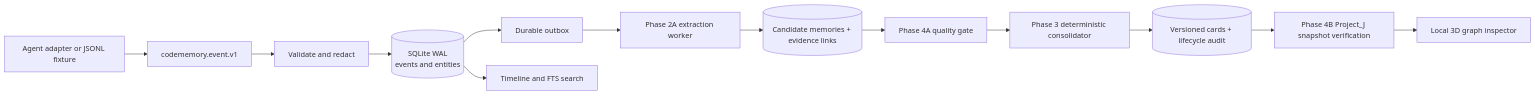
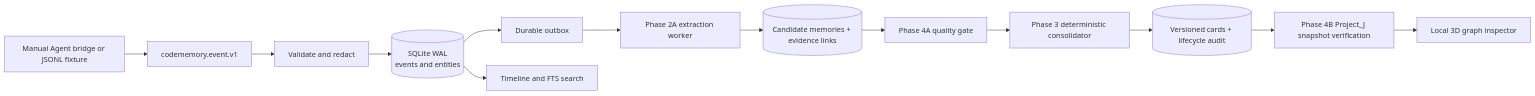
One commit to sixsixla/codeSementicMemory changed the diagram in README.md. Above: the diagram before and after it, drawn with Mermaid. The commit also changed other lines of this file and 23 other files, not shown here.

````diff
--- a/README.md
+++ b/README.md
@@ -87,15 +98,15 @@
 ```mermaid
 flowchart LR
-    A[Agent adapter or JSONL fixture] --> B[codememory.event.v1]
+    A[Manual Agent bridge or JSONL fixture] --> B[codememory.event.v1]
     B --> C[Validate and redact]
     C --> D[(SQLite WAL<br/>events and entities)]
     D --> E[Durable outbox]
     D --> F[Timeline and FTS search]
     E --> G[Phase 2A extraction worker]
     G --> H[(Candidate memories + evidence links)]
     H --> I[Phase 4A quality gate]
     I --> J[Phase 3 deterministic consolidator]
     J --> K[(Versioned cards + lifecycle audit)]
     K --> V[Phase 4B Project_J snapshot verification]
     V --> L[Local 3D graph inspector]
 ```
````
